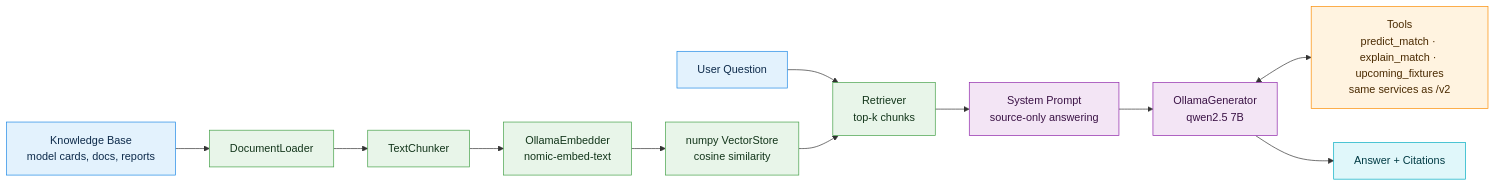
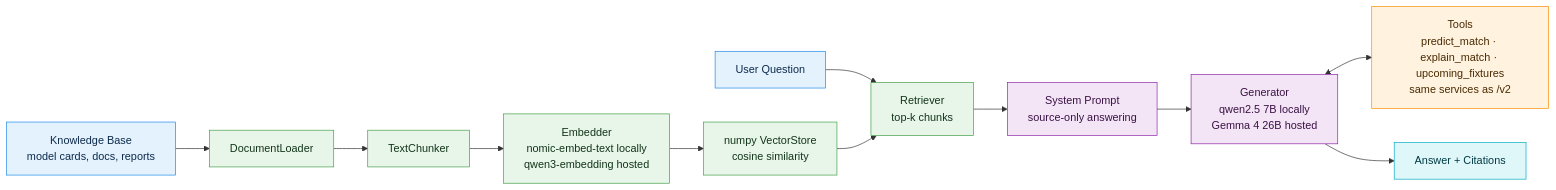
One commit to SumukhaK/football-intelligence-platform changed the fifth of 6 diagrams in README.md. Above: the diagram before and after it, drawn with Mermaid. The commit also changed other lines of this file and 23 other files, not shown here.

````diff
--- a/README.md
+++ b/README.md
@@ -213,24 +220,24 @@
 ```mermaid
 flowchart LR
     A[Knowledge Base\nmodel cards, docs, reports] --> B[DocumentLoader]
     B --> C[TextChunker]
-    C --> D[OllamaEmbedder\nnomic-embed-text]
+    C --> D[Embedder\nnomic-embed-text locally\nqwen3-embedding hosted]
     D --> E[numpy VectorStore\ncosine similarity]
     F[User Question] --> G[Retriever\ntop-k chunks]
     E --> G
     G --> H[System Prompt\nsource-only answering]
-    H --> I[OllamaGenerator\nqwen2.5 7B]
+    H --> I[Generator\nqwen2.5 7B locally\nGemma 4 26B hosted]
     I <--> T[Tools\npredict_match · explain_match · upcoming_fixtures\nsame services as /v2]
     I --> J[Answer + Citations]
 
     classDef source fill:#E3F2FD,stroke:#1E88E5,color:#0D2A4A
     classDef data fill:#E8F5E9,stroke:#43A047,color:#12351A
     classDef model fill:#F3E5F5,stroke:#8E24AA,color:#3A1245
     classDef serve fill:#FFF3E0,stroke:#FB8C00,color:#4A2A00
     classDef client fill:#E0F7FA,stroke:#00ACC1,color:#003B44
     class A,F source
     class B,C,D,E,G data
     class H,I model
     class T serve
     class J client
 ```
````
